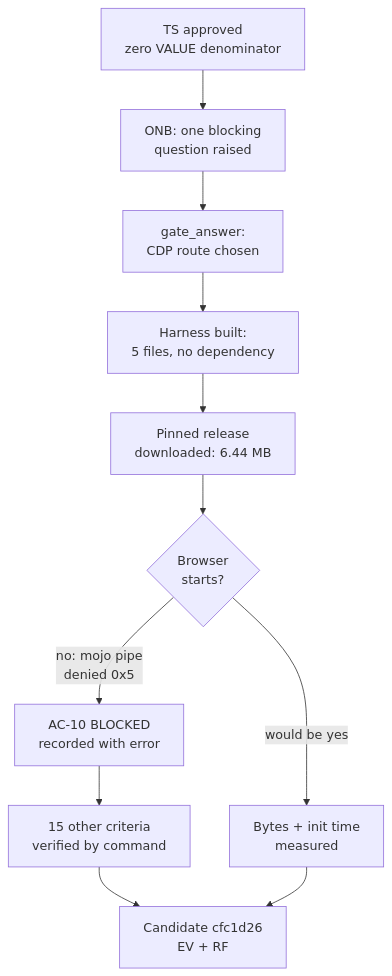
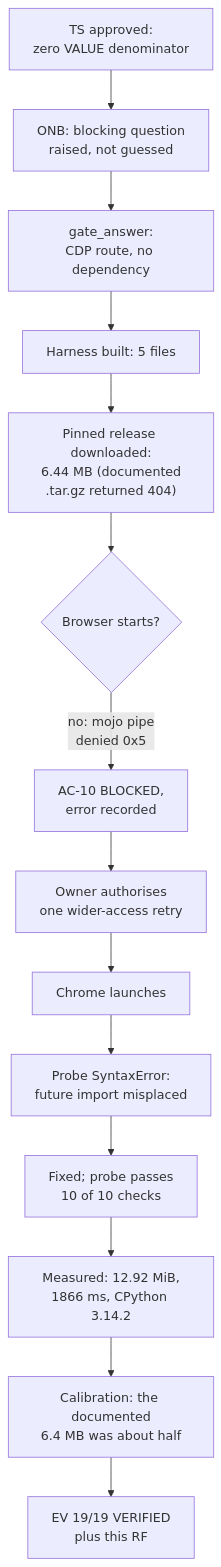
The diagram in workspace/2026/OOP_20261007-230107_TFS/RF__OOP_20261007-230107_TFS.md (Kazahtelecom/WEBOOP), drawn with Mermaid before and after one commit. The commit also changed other lines of this file and 2 other files, not shown here.

Commit message:
[dsh/OOP_20261007-230107_TFS/handoff/executor] measure pyodide cost and close evidence at 19 of 19 verified

````diff
--- a/workspace/2026/OOP_20261007-230107_TFS/RF__OOP_20261007-230107_TFS.md
+++ b/workspace/2026/OOP_20261007-230107_TFS/RF__OOP_20261007-230107_TFS.md
@@ -153,13 +174,16 @@
 ```mermaid
 flowchart TD
-  A["TS approved<br/>zero VALUE denominator"] --> B["ONB: one blocking<br/>question raised"]
-  B --> C["gate_answer:<br/>CDP route chosen"]
-  C --> D["Harness built:<br/>5 files, no dependency"]
-  D --> E["Pinned release<br/>downloaded: 6.44 MB"]
-  E --> F{"Browser<br/>starts?"}
-  F -->|"no: mojo pipe<br/>denied 0x5"| G["AC-10 BLOCKED<br/>recorded with error"]
-  F -->|"would be yes"| H["Bytes + init time<br/>measured"]
-  G --> I["15 other criteria<br/>verified by command"]
-  I --> J["Candidate cfc1d26<br/>EV + RF"]
-  H --> J
+  A["TS approved:<br/>zero VALUE denominator"] --> B["ONB: blocking question<br/>raised, not guessed"]
+  B --> C["gate_answer:<br/>CDP route, no dependency"]
+  C --> D["Harness built: 5 files"]
+  D --> E["Pinned release downloaded:<br/>6.44 MB (documented<br/>.tar.gz returned 404)"]
+  E --> F{"Browser starts?"}
+  F -->|"no: mojo pipe<br/>denied 0x5"| G["AC-10 BLOCKED,<br/>error recorded"]
+  G --> H["Owner authorises<br/>one wider-access retry"]
+  H --> I["Chrome launches"]
+  I --> J["Probe SyntaxError:<br/>future import misplaced"]
+  J --> K["Fixed; probe passes<br/>10 of 10 checks"]
+  K --> L["Measured: 12.92 MiB,<br/>1866 ms, CPython 3.14.2"]
+  L --> M["Calibration: the documented<br/>6.4 MB was about half"]
+  M --> N["EV 19/19 VERIFIED<br/>plus this RF"]
 ```
````
